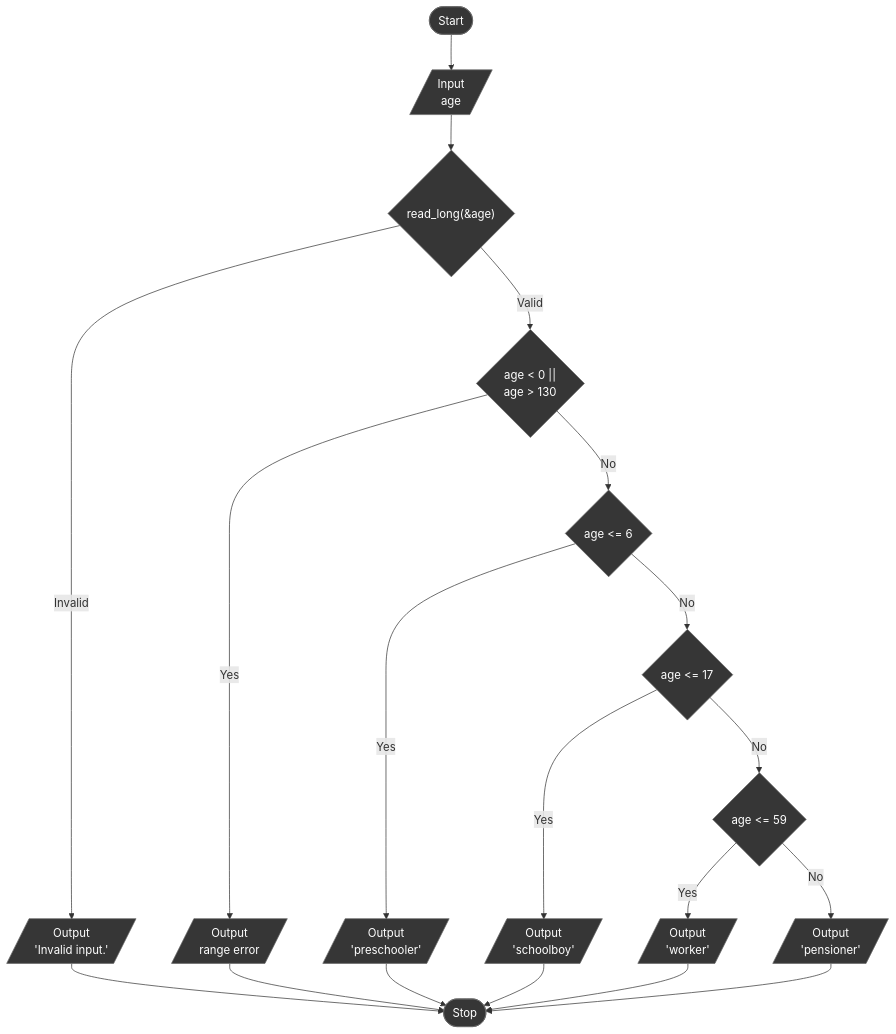
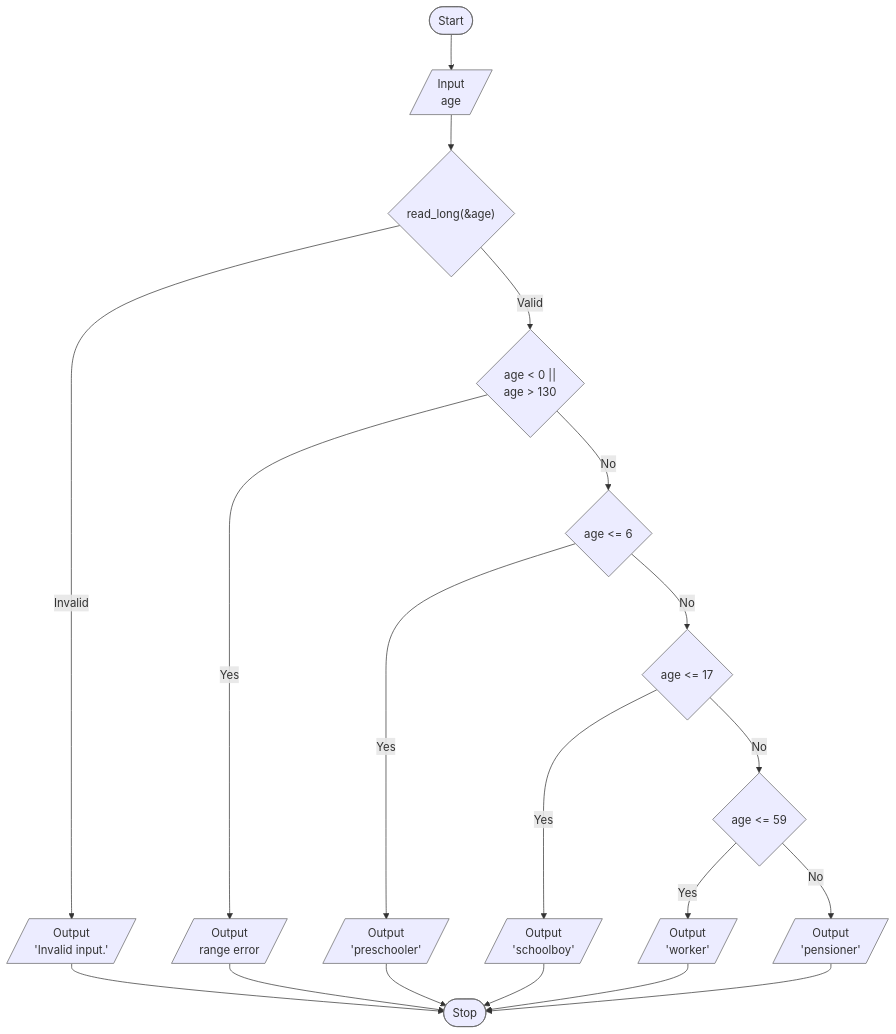
Before and after one commit to nykonhrytsyshyn/khnu-prog-labs: the third of 5 diagrams in lab_02/README.md, drawn with Mermaid. The commit also changed other lines of this file, not shown here.

Commit message:
Remove fill color from classDef in flowcharts

````diff
--- a/lab_02/README.md
+++ b/lab_02/README.md
@@ -106,24 +106,24 @@
 ```mermaid
 flowchart TD
   A(["Start"]) --> B[/"Input<br/>age"/]
   B --> C{"read_long(&age)"}
   C -->|Invalid| D[/"Output<br/>'Invalid input.'"/]
   C -->|Valid| E{"age < 0 ||<br/>age > 130"}
   E -->|Yes| F[/"Output<br/>range error"/]
   E -->|No| G{"age <= 6"}
   G -->|Yes| H[/"Output<br/>'preschooler'"/]
   G -->|No| I{"age <= 17"}
   I -->|Yes| J[/"Output<br/>'schoolboy'"/]
   I -->|No| K{"age <= 59"}
   K -->|Yes| L[/"Output<br/>'worker'"/]
   K -->|No| M[/"Output<br/>'pensioner'"/]
   D --> N(["Stop"])
   F --> N
   H --> N
   J --> N
   L --> N
   M --> N
 
-  classDef stage fill:#363636,stroke:#666,color:#fff,rx:6,ry:6
+   classDef stage stroke:#666,rx:6,ry:6
   class A,B,C,D,E,F,G,H,I,J,K,L,M,N stage
 ```
````
